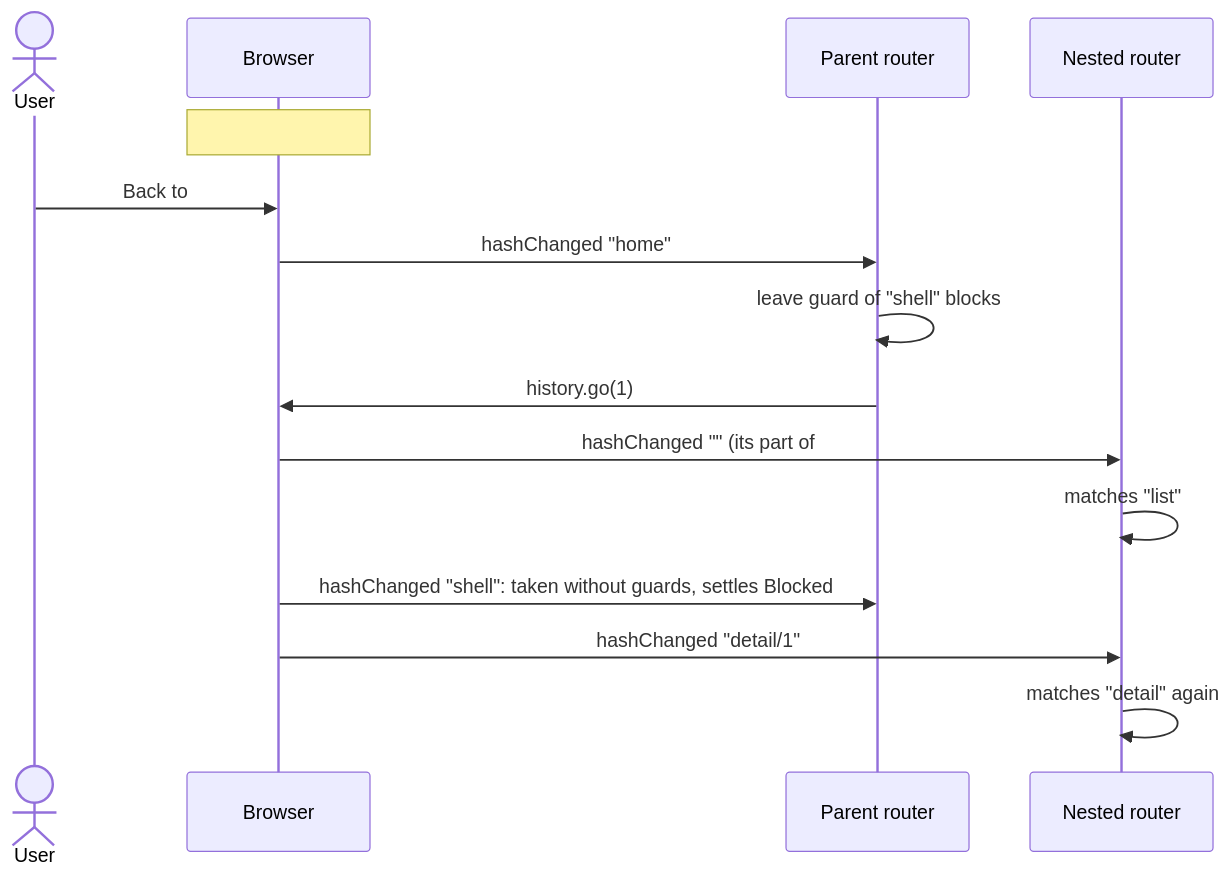
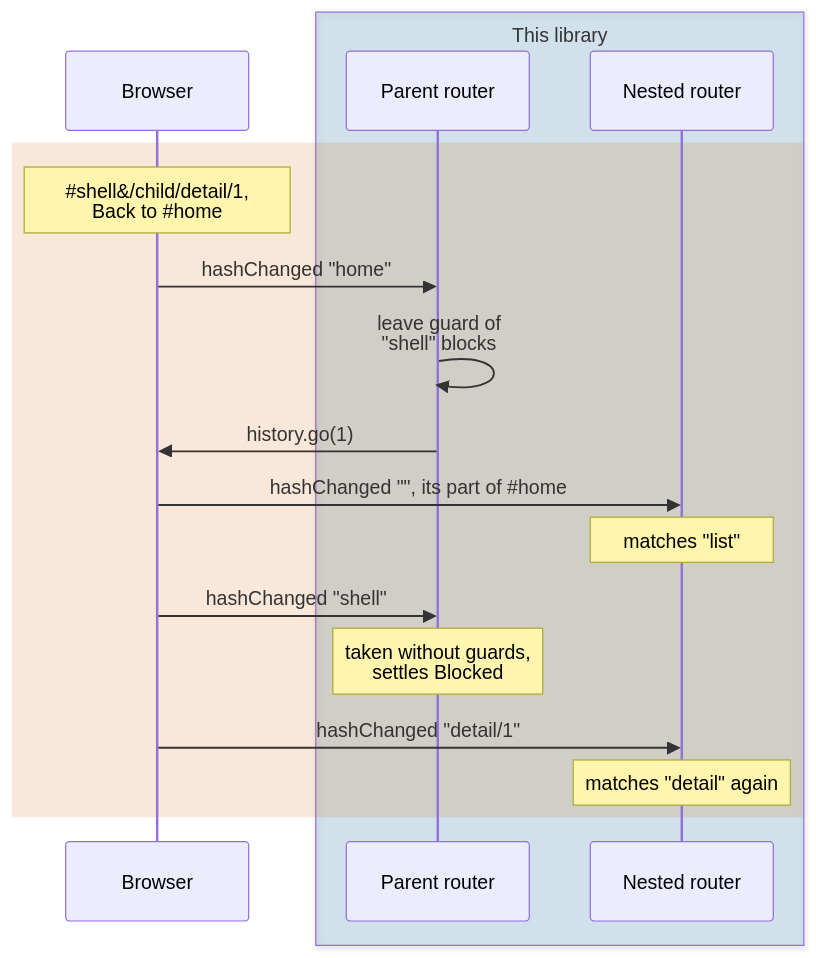
One commit to wridgeu/ui5-lib-guard-router changed the ninth of 9 diagrams in packages/lib/README.md. Above: the diagram before and after it, drawn with Mermaid. The commit also changed other lines of this file and 202 other files, not shown here.

````diff
--- a/packages/lib/README.md
+++ b/packages/lib/README.md
@@ -1150,17 +1130,20 @@
 ```mermaid
 sequenceDiagram
-    actor User
     participant Browser
-    participant Parent as Parent router
-    participant Child as Nested router
-    Note over Browser: #shell&/child/detail/1
-    User->>Browser: Back to #home
-    Browser->>Parent: hashChanged "home"
-    Parent->>Parent: leave guard of "shell" blocks
-    Parent->>Browser: history.go(1)
-    Browser->>Child: hashChanged "" (its part of #home)
-    Child->>Child: matches "list"
-    Browser->>Parent: hashChanged "shell": taken without guards, settles Blocked
-    Browser->>Child: hashChanged "detail/1"
-    Child->>Child: matches "detail" again
+    box rgba(0, 114, 178, 0.15) This library
+        participant Parent as Parent router
+        participant Child as Nested router
+    end
+    rect rgba(213, 94, 0, 0.15)
+        Note over Browser: #35;shell&/child/detail/1,<br/>Back to #35;home
+        Browser->>Parent: hashChanged "home"
+        Parent->>Parent: leave guard of<br/>"shell" blocks
+        Parent->>Browser: history.go(1)
+        Browser->>Child: hashChanged "", its part of #35;home
+        Note over Child: matches "list"
+        Browser->>Parent: hashChanged "shell"
+        Note over Parent: taken without guards,<br/>settles Blocked
+        Browser->>Child: hashChanged "detail/1"
+        Note over Child: matches "detail" again
+    end
 ```
````
